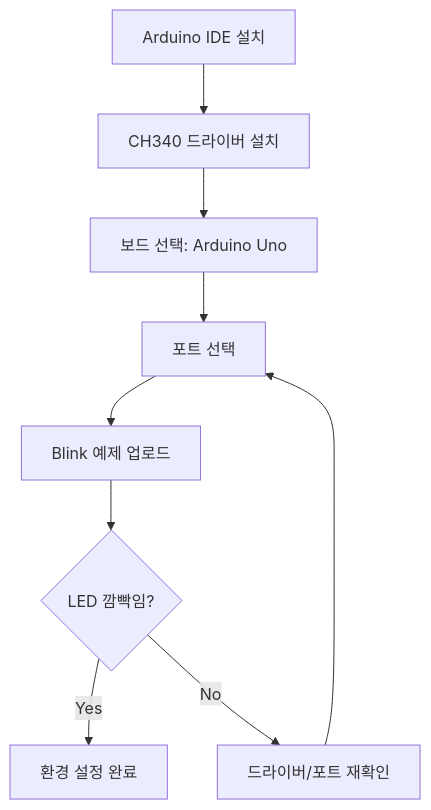
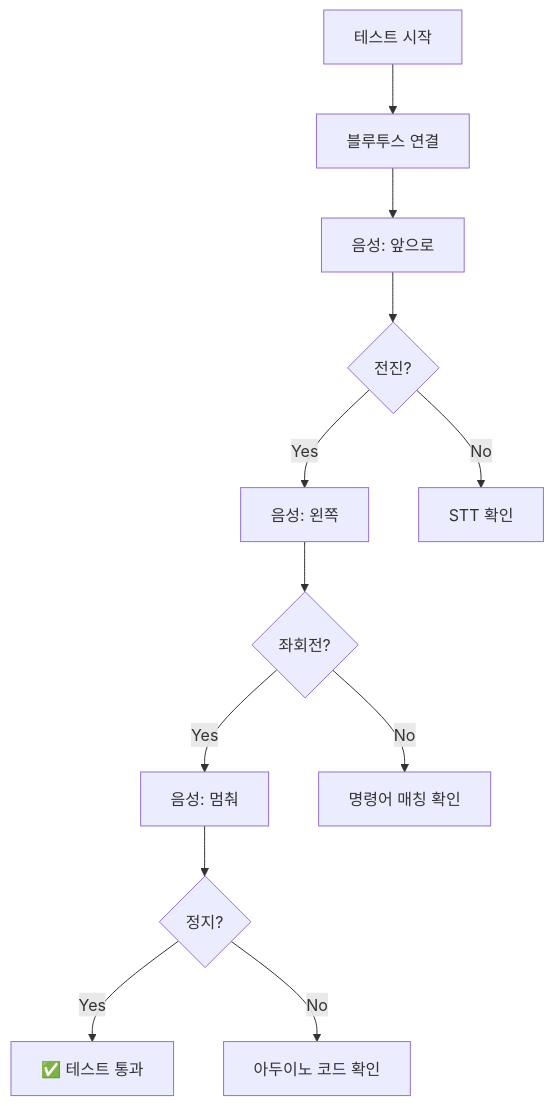
The fifth of 17 diagrams in document/curriculum_autoplot_2day.md (Collegenie-X/Arduino_AutoPlot), drawn with Mermaid before and after one commit. The commit also changed other lines of this file and 3 other files, not shown here.

````diff
--- a/document/curriculum_autoplot_2day.md
+++ b/document/curriculum_autoplot_2day.md
@@ -46,11 +268,14 @@
 ```mermaid
 flowchart TD
-    A[Arduino IDE 설치] --> B[CH340 드라이버 설치]
-    B --> C[보드 선택: Arduino Uno]
-    C --> D[포트 선택]
-    D --> E[Blink 예제 업로드]
-    E --> F{LED 깜빡임?}
-    F -->|Yes| G[환경 설정 완료]
-    F -->|No| H[드라이버/포트 재확인]
-    H --> D
+    A[테스트 시작] --> B[블루투스 연결]
+    B --> C[음성: 앞으로]
+    C --> D{전진?}
+    D -->|Yes| E[음성: 왼쪽]
+    D -->|No| F[STT 확인]
+    E --> G{좌회전?}
+    G -->|Yes| H[음성: 멈춰]
+    G -->|No| I[명령어 매칭 확인]
+    H --> J{정지?}
+    J -->|Yes| K[✅ 테스트 통과]
+    J -->|No| L[아두이노 코드 확인]
 ```
````
